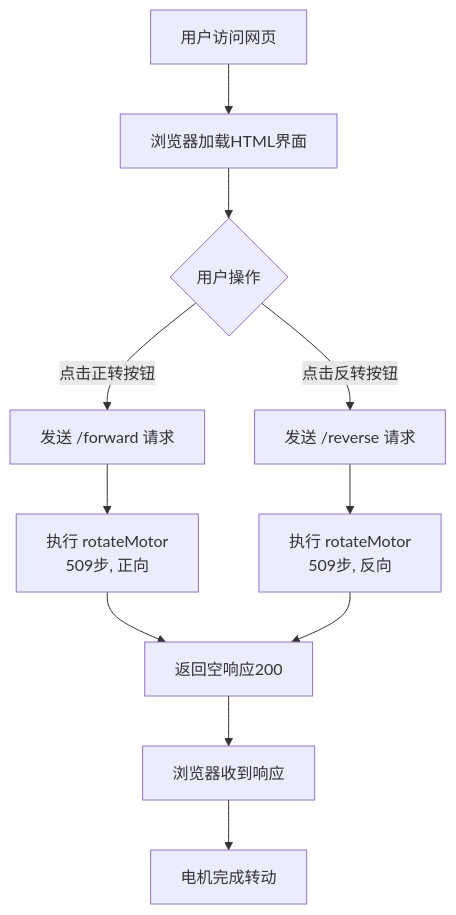
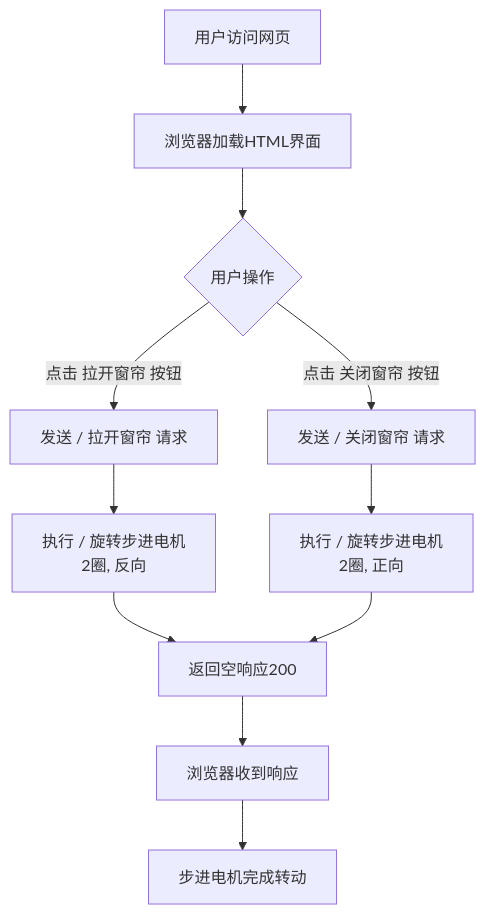
The diagram in docs/5. Kidsblock教程/5.3 课程/课程16.md (keyeswiki/KE3107-ESP32), drawn with Mermaid before and after one commit. The commit also changed other lines of this file and 1255 other files, not shown here.

````diff
--- a/docs/5. Kidsblock教程/5.3 课程/课程16.md
+++ b/docs/5. Kidsblock教程/5.3 课程/课程16.md
@@ -27,15 +27,15 @@
 ```mermaid
 flowchart TD
     A[用户访问网页] --> B[浏览器加载HTML界面]
     B --> C{用户操作}
-    C -->|点击正转按钮| D[发送 /forward 请求]
-    C -->|点击反转按钮| E[发送 /reverse 请求]
-    
-        D --> F[执行 rotateMotor\n509步, 正向]
-        E --> G[执行 rotateMotor\n509步, 反向]
+    C -->|点击 拉开窗帘 按钮| D[发送 / 拉开窗帘 请求]
+    C -->|点击 关闭窗帘 按钮| E[发送 / 关闭窗帘 请求]    
+       
+        D --> F[执行 / 旋转步进电机\n2圈, 反向]
+        E --> G[执行 / 旋转步进电机\n2圈, 正向]
         F --> H[返回空响应200]
         G --> H
-
+    
     H --> I[浏览器收到响应]
-    I --> J[电机完成转动]
+    I --> J[步进电机完成转动]
 ```
````
